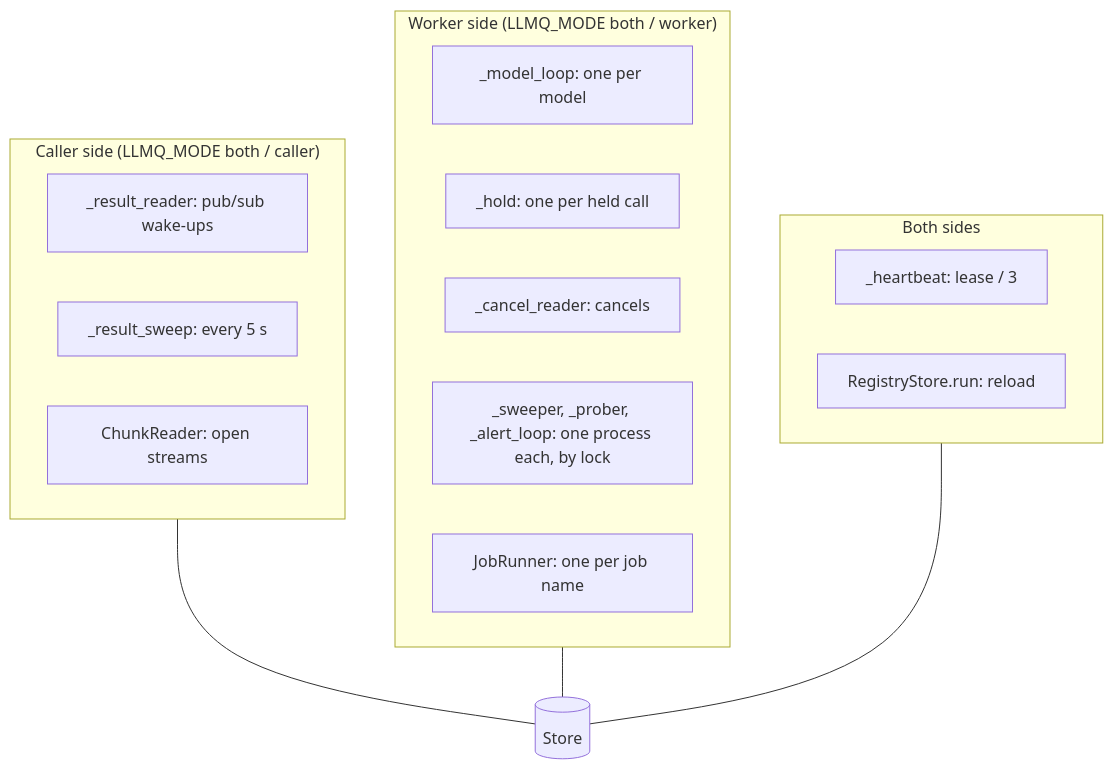
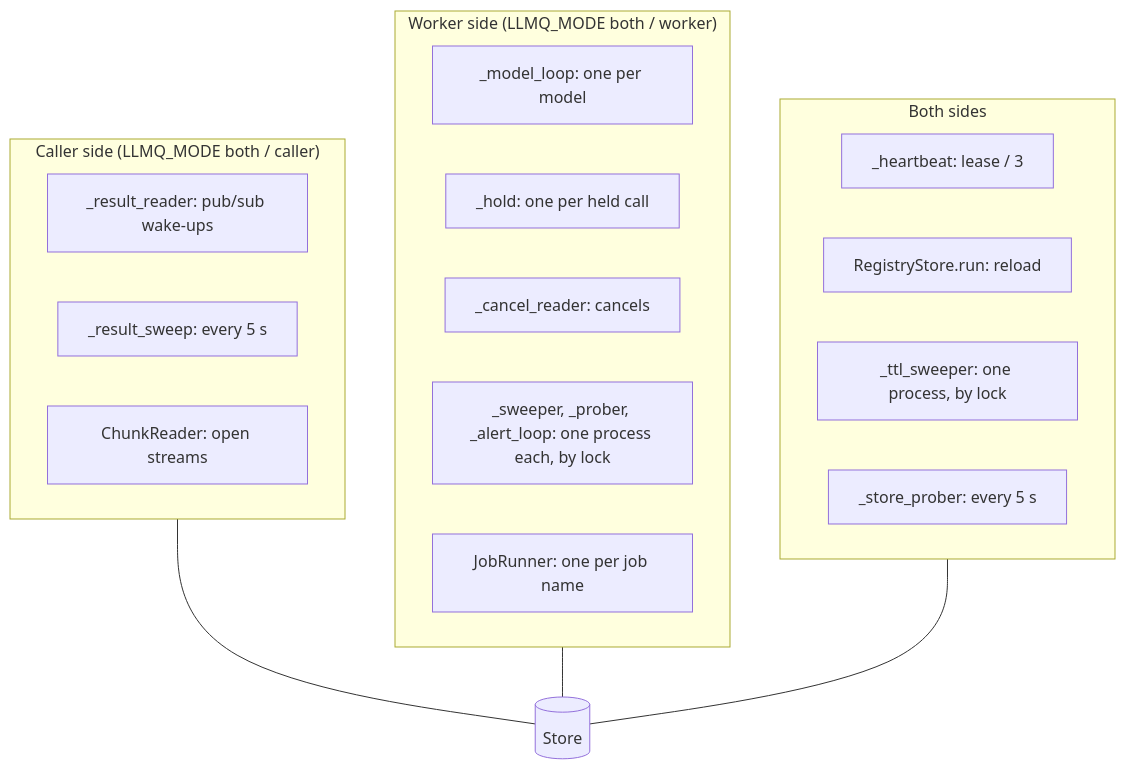
Before and after one commit to techiewonk/llm-queue: the diagram in docs/explanation/background.md, drawn with Mermaid. The commit also changed other lines of this file and 1 other file, not shown here.

First line of the commit message:
Rewrite the architecture page in depth for 0.1.1

````diff
--- a/docs/explanation/background.md
+++ b/docs/explanation/background.md
@@ -5,23 +7,25 @@
 ```mermaid
 flowchart TB
   subgraph caller["Caller side (LLMQ_MODE both / caller)"]
     c1["_result_reader: pub/sub wake-ups"]
     c2["_result_sweep: every 5 s"]
     c3["ChunkReader: open streams"]
   end
   subgraph worker["Worker side (LLMQ_MODE both / worker)"]
     w1["_model_loop: one per model"]
     w2["_hold: one per held call"]
     w3["_cancel_reader: cancels"]
     w4["_sweeper, _prober, _alert_loop: one process each, by lock"]
     w5["JobRunner: one per job name"]
   end
   subgraph both["Both sides"]
     b1["_heartbeat: lease / 3"]
     b2["RegistryStore.run: reload"]
+    b3["_ttl_sweeper: one process, by lock"]
+    b4["_store_prober: every 5 s"]
   end
   STORE[("Store")]
   caller --- STORE
   worker --- STORE
   both --- STORE
 ```
````
